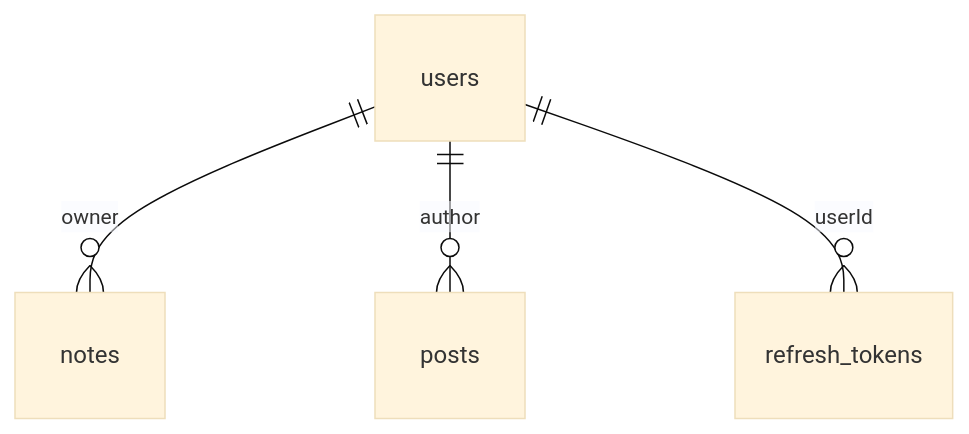
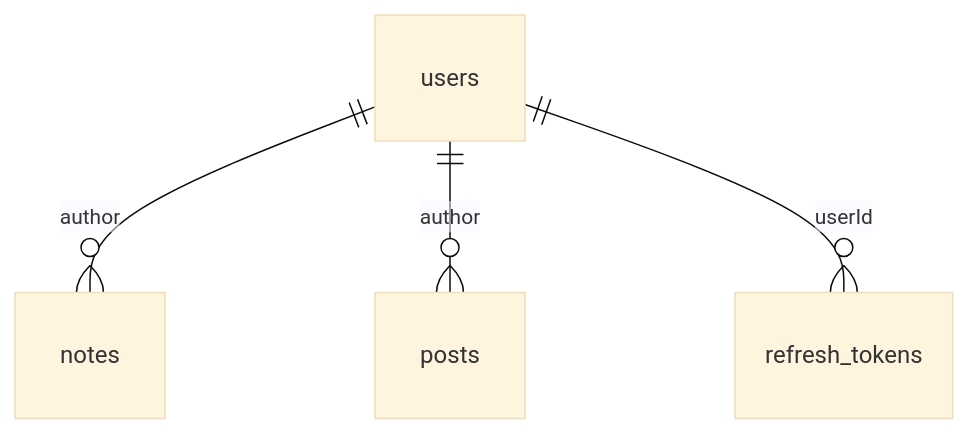
Before and after one commit to Apu-Emdad/care-guide-task-backend: the diagram in docs/schema.md, drawn with Mermaid (base theme). The commit also changed other lines of this file and 26 other files, not shown here.

````diff
--- a/docs/schema.md
+++ b/docs/schema.md
@@ -7,6 +7,6 @@
 ```mermaid
 erDiagram
-    users ||--o{ notes : "owner"
+    users ||--o{ notes : "author"
     users ||--o{ posts : "author"
     users ||--o{ refresh_tokens : "userId"
 ```
````
